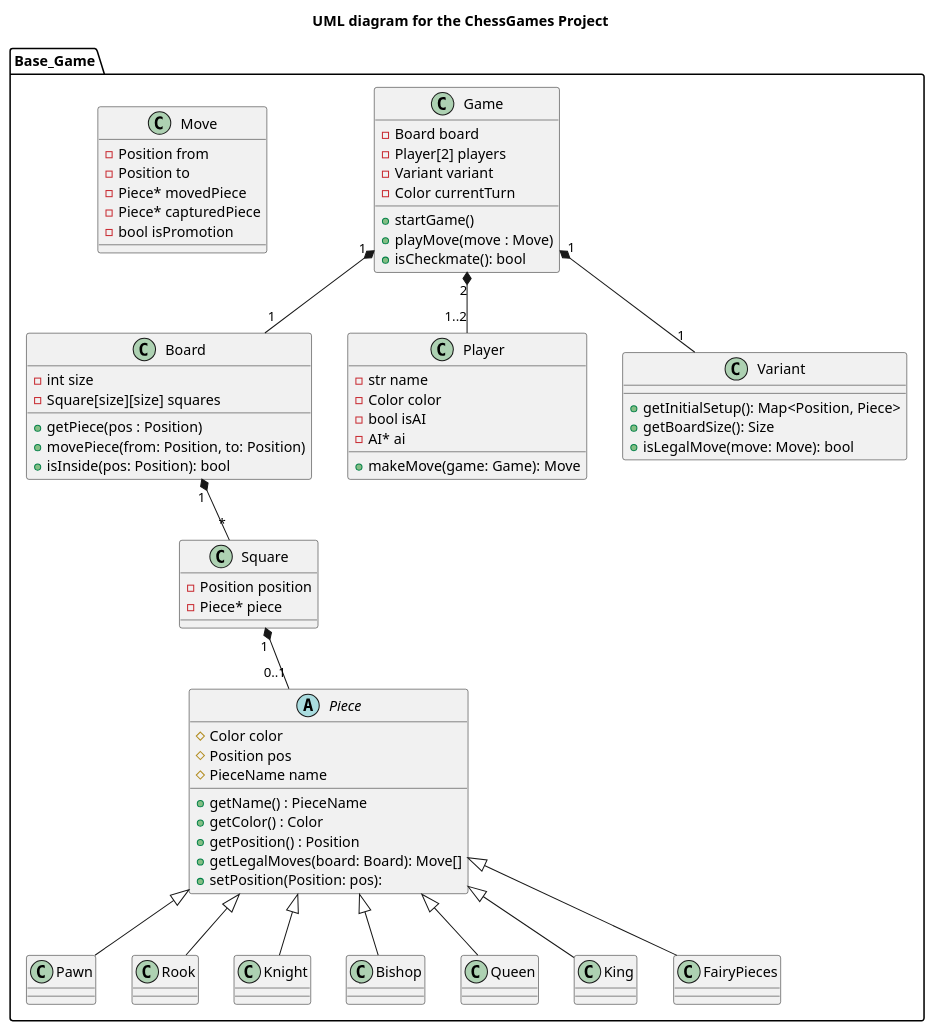
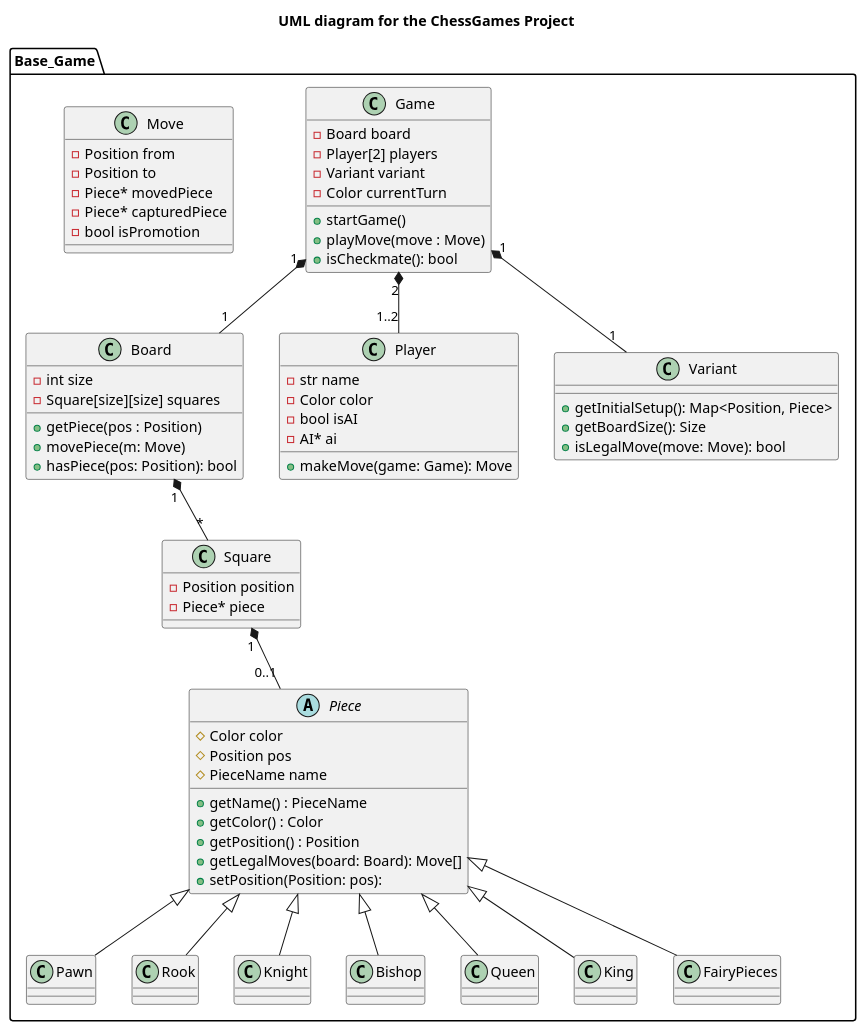
One commit to Paularoiide/Projet-TDLOG-ChessGame changed the diagram in ChessGame_UML.puml. Above: the diagram before and after it, drawn with PlantUML.

Commit message:
Updated board and square descriptions

```diff
--- a/ChessGame_UML.puml
+++ b/ChessGame_UML.puml
@@ -1,84 +1,84 @@
 @startuml ChessGames_UML
 title UML diagram for the ChessGames Project
 
 package "Base_Game" {
 class Game{
 - Board board
 - Player[2] players
 - Variant variant
 - Color currentTurn
 
 +startGame()
 +playMove(move : Move)
 +isCheckmate(): bool
 }
 
 class Board{
 - int size
 - Square[size][size] squares
 + getPiece(pos : Position)
-+ movePiece(from: Position, to: Position)
-+ isInside(pos: Position): bool
++ movePiece(m: Move)
++ hasPiece(pos: Position): bool
 }
 
 class Square{
 - Position position
 - Piece* piece
 }
 
 abstract class Piece {
     # Color color
     # Position pos
     # PieceName name
     + getName() : PieceName
     + getColor() : Color
     + getPosition() : Position
     + getLegalMoves(board: Board): Move[]
     + setPosition(Position: pos):
   }
 
 class Pawn
 class Rook
 class Knight
 class Bishop
 class Queen
 class King
 class FairyPieces
 
 Piece <|-- Pawn
 Piece <|-- Rook
 Piece <|-- Knight
 Piece <|-- Bishop
 Piece <|-- Queen
 Piece <|-- King
 Piece <|-- FairyPieces
 
   class Move {
     - Position from
     - Position to
     - Piece* movedPiece
     - Piece* capturedPiece
     - bool isPromotion
   }
 
   class Player {
     - str name
     - Color color
     - bool isAI
     - AI* ai
     + makeMove(game: Game): Move
   }
 
   class Variant {
     + getInitialSetup(): Map<Position, Piece>
     + getBoardSize(): Size
     + isLegalMove(move: Move): bool
   }
 
   Game "1" *-- "1" Board
   Game "2" *-- "1..2" Player
   Game "1" *-- "1" Variant
   Board "1" *-- "*" Square
   Square "1" *-- "0..1" Piece
 }
 @enduml
```
